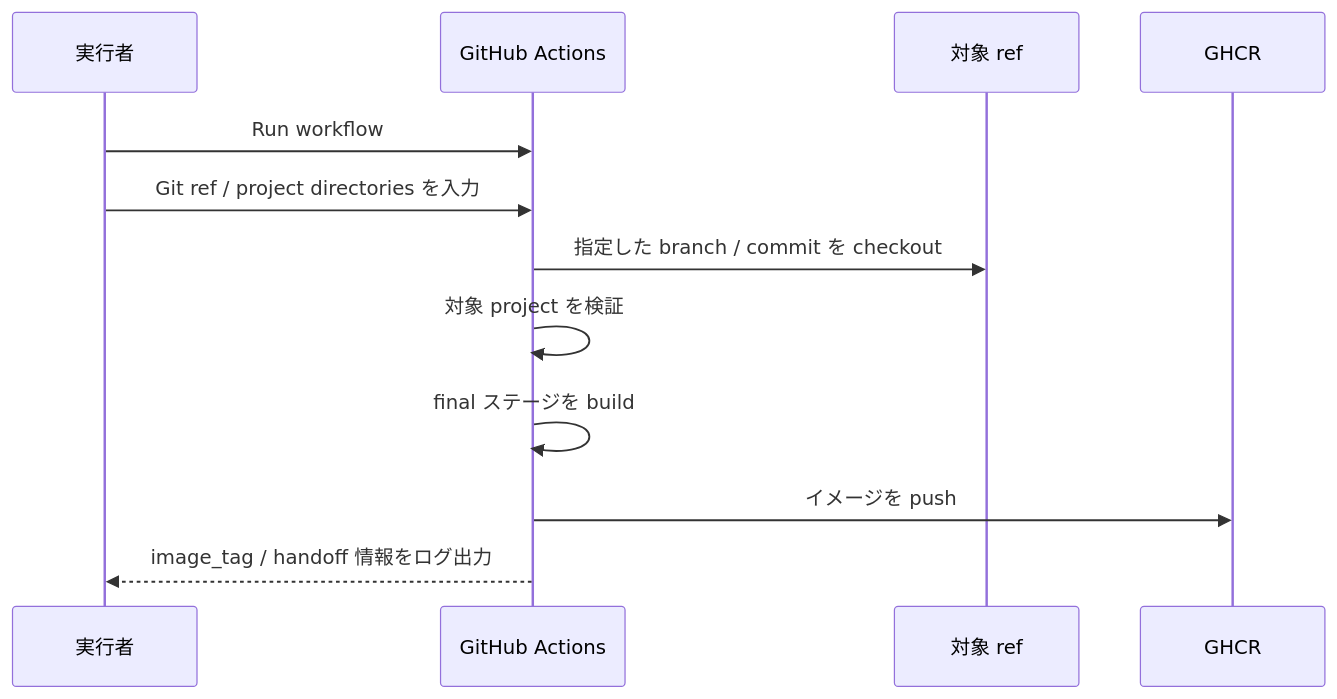
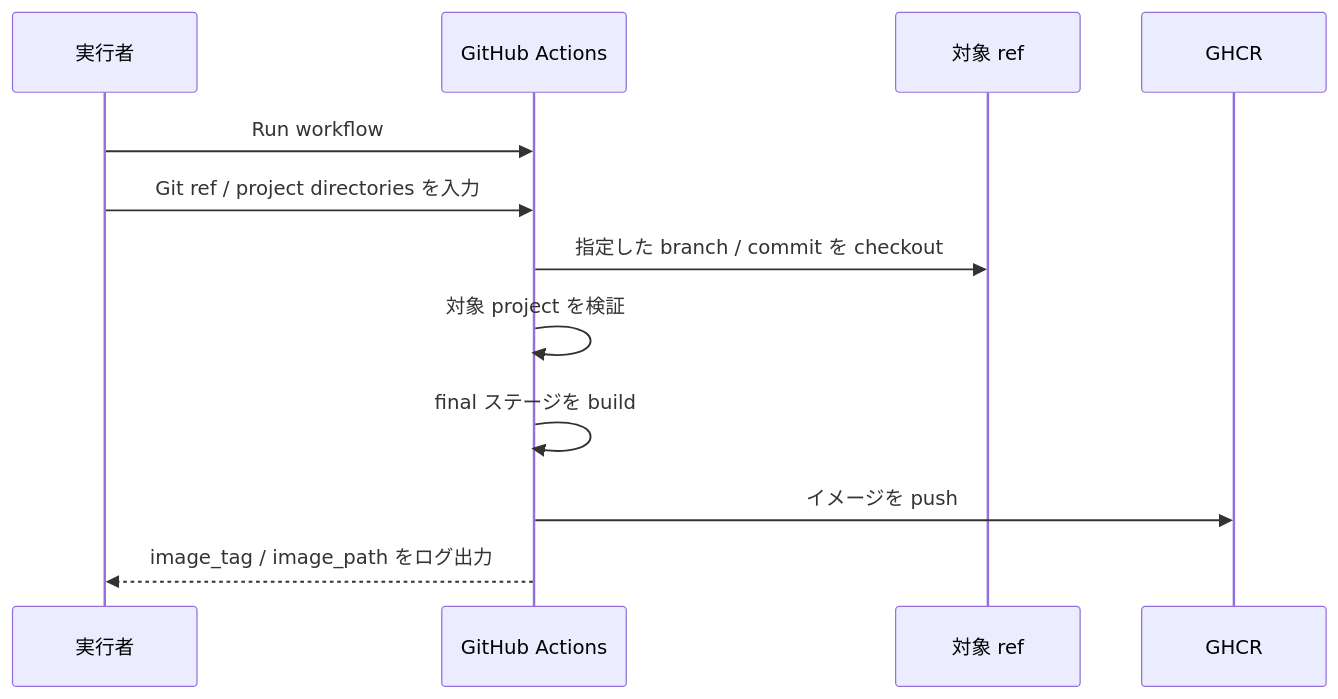
Before and after one commit to u7chan/monorepo: the fourth of 5 diagrams in docs/about-cicd.md, drawn with Mermaid. The commit also changed other lines of this file and 20 other files, not shown here.

````diff
--- a/docs/about-cicd.md
+++ b/docs/about-cicd.md
@@ -141,15 +130,15 @@
 ```mermaid
 sequenceDiagram
   participant User as 実行者
   participant GA as GitHub Actions
   participant Repo as 対象 ref
   participant GHCR as GHCR
 
   User->>GA: Run workflow
   User->>GA: Git ref / project directories を入力
   GA->>Repo: 指定した branch / commit を checkout
   GA->>GA: 対象 project を検証
   GA->>GA: final ステージを build
   GA->>GHCR: イメージを push
-  GA-->>User: image_tag / handoff 情報をログ出力
+  GA-->>User: image_tag / image_path をログ出力
 ```
````
